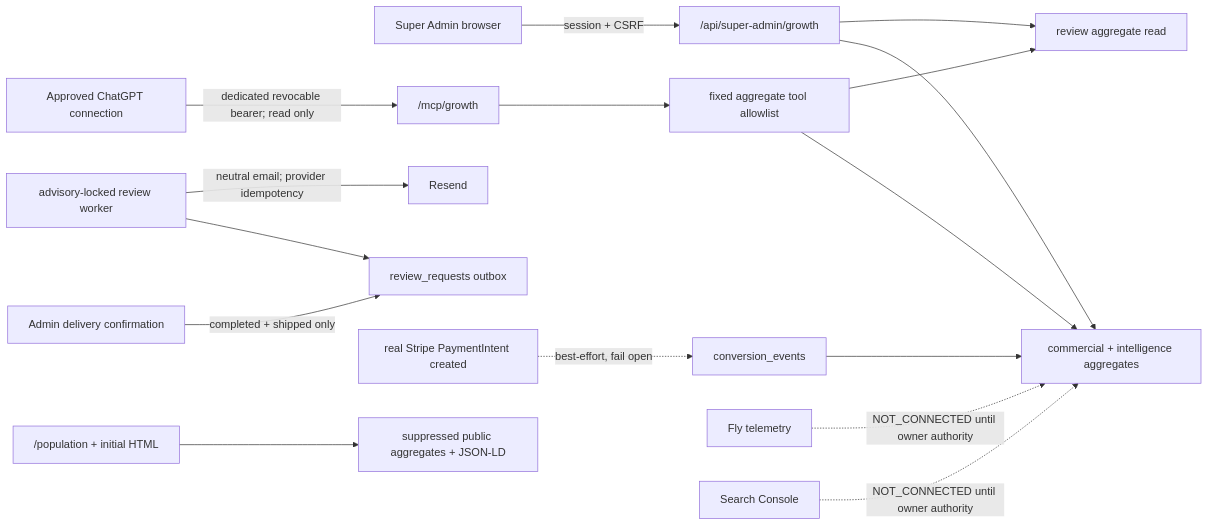
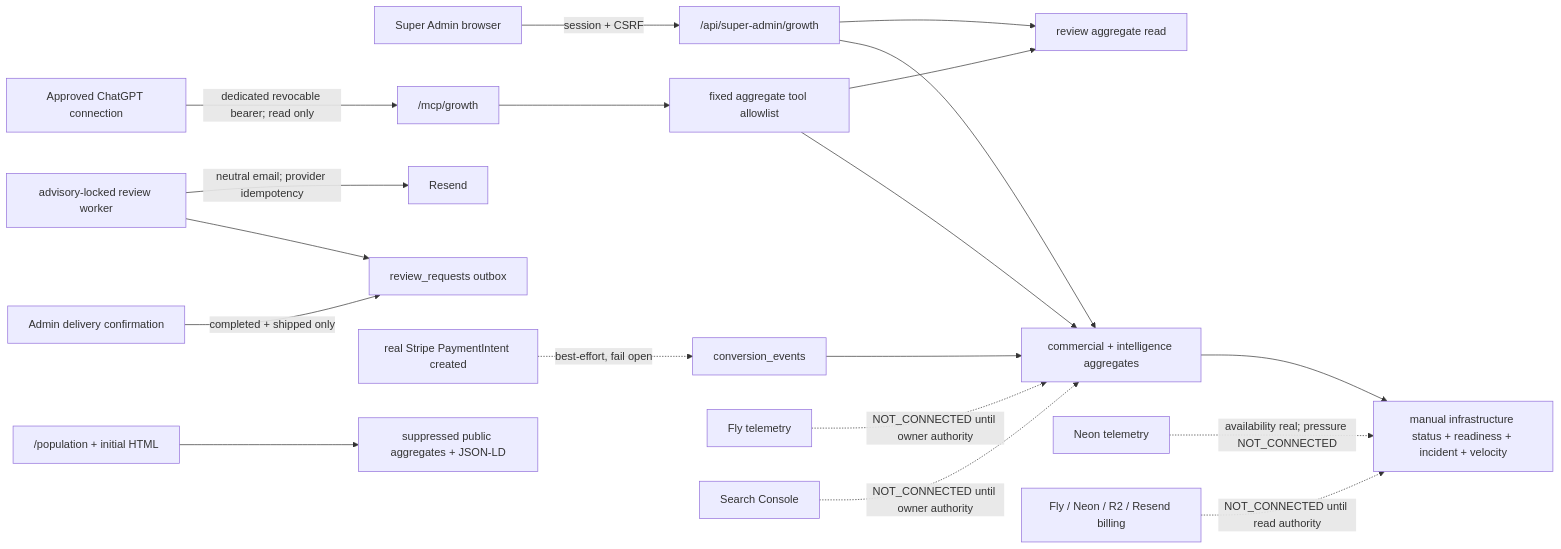
The diagram in .claude/controlled-code-lead/tasks/growth-completion-night-20260819/architecture-after.md (mintvaultuk-byte/mintvault-platform), drawn with Mermaid before and after one commit. The commit also changed other lines of this file and 22 other files, not shown here.

Commit message:
feat(growth): add manual infrastructure intelligence

````diff
--- a/.claude/controlled-code-lead/tasks/growth-completion-night-20260819/architecture-after.md
+++ b/.claude/controlled-code-lead/tasks/growth-completion-night-20260819/architecture-after.md
@@ -3,18 +3,21 @@
 ```mermaid
 flowchart LR
   SA["Super Admin browser"] -->|"session + CSRF"| GR["/api/super-admin/growth"]
   GR --> CG["commercial + intelligence aggregates"]
+  CG --> IC["manual infrastructure status + readiness + incident + velocity"]
   GR --> RR["review aggregate read"]
   MCP["Approved ChatGPT connection"] -->|"dedicated revocable bearer; read only"| MR["/mcp/growth"]
   MR --> AL["fixed aggregate tool allowlist"]
   AL --> CG
   AL --> RR
   ADMIN["Admin delivery confirmation"] -->|"completed + shipped only"| OUT["review_requests outbox"]
   JOB["advisory-locked review worker"] --> OUT
   JOB -->|"neutral email; provider idempotency"| RESEND["Resend"]
   CHECKOUT["real Stripe PaymentIntent created"] -. "best-effort, fail open" .-> CE["conversion_events"]
   CE --> CG
   PUB["/population + initial HTML"] --> AUTH["suppressed public aggregates + JSON-LD"]
   FLY["Fly telemetry"] -. "NOT_CONNECTED until owner authority" .-> CG
+  NEON["Neon telemetry"] -. "availability real; pressure NOT_CONNECTED" .-> IC
+  BILL["Fly / Neon / R2 / Resend billing"] -. "NOT_CONNECTED until read authority" .-> IC
   GSC["Search Console"] -. "NOT_CONNECTED until owner authority" .-> CG
 ```
````
